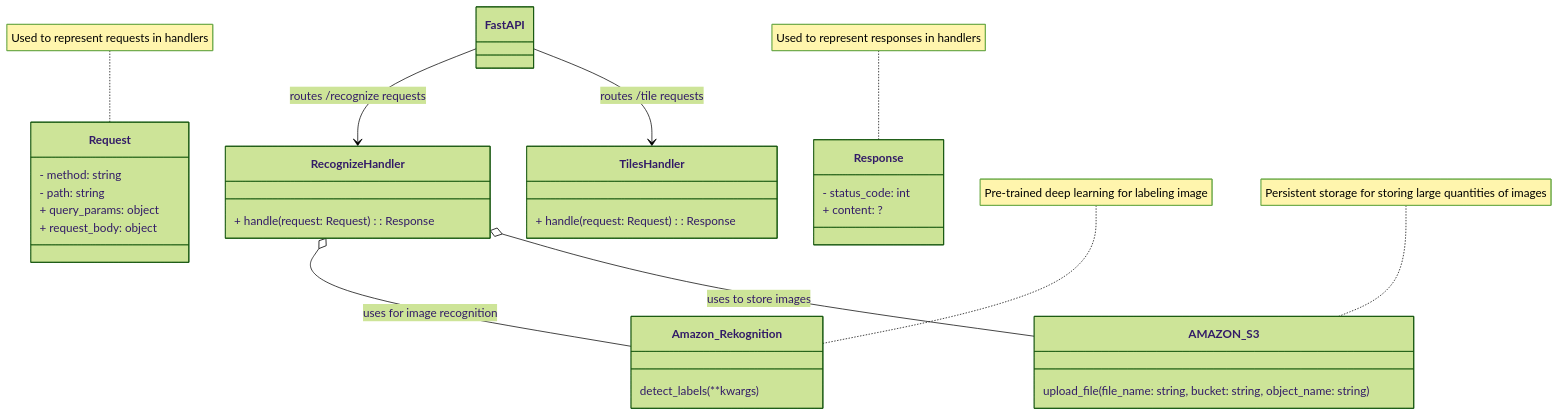
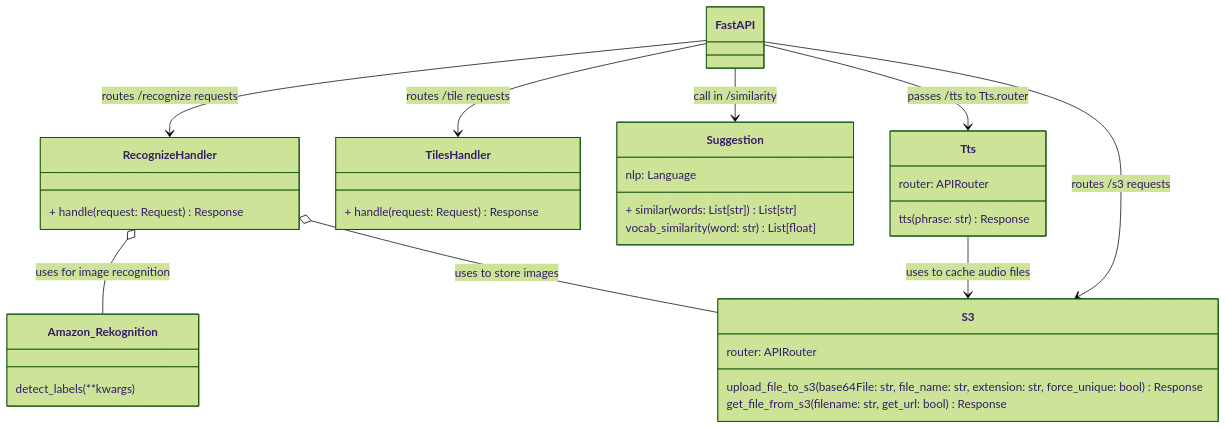
Before and after one commit to Capstone-Projects-2023-Fall/project-smartspeech: the diagram in documentation/docs/system-architecture/Backend UML.md, drawn with Mermaid (forest theme). The commit also changed other lines of this file, not shown here.

Commit message:
Update the backend architecture diagram

````diff
--- a/documentation/docs/system-architecture/Backend UML.md
+++ b/documentation/docs/system-architecture/Backend UML.md
@@ -9,47 +9,47 @@
 ```mermaid
 classDiagram
   class FastAPI {
     
   }
 
   class RecognizeHandler {
-    + handle(request: Request): Response
+    + handle(request: Request) Response
   }
 
   class TilesHandler {
-    + handle(request: Request): Response
+    + handle(request: Request) Response
   }
 
 
   class Amazon_Rekognition {
     detect_labels(**kwargs)
   }
 
-  class AMAZON_S3 {
-    upload_file(file_name: string, bucket: string, object_name: string)
+  class Suggestion {
+    nlp: Language
+    + similar(words: List[str]) List[str]
+    vocab_similarity(word: str) List[float]
   }
 
-  class Request {
-    - method: string
-    - path: string
-    + query_params: object
-    + request_body: object
+  class Tts {
+    router: APIRouter
+    tts(phrase: str) Response
   }
 
-  class Response {
-    - status_code: int
-    + content: ?
+  class S3 {
+    router: APIRouter
+    upload_file_to_s3(base64File: str, file_name: str, extension: str, force_unique: bool) Response
+    get_file_from_s3(filename: str, get_url: bool) Response
   }
 
   FastAPI --> RecognizeHandler: routes /recognize requests
   FastAPI --> TilesHandler: routes /tile requests
+  FastAPI --> Suggestion: call in /similarity
+  FastAPI --> Tts: passes /tts to Tts.router
+  FastAPI --> S3: routes /s3 requests
+
+  Tts --> S3: uses to cache audio files
 
   RecognizeHandler o-- Amazon_Rekognition: uses for image recognition 
-  RecognizeHandler o-- AMAZON_S3: uses to store images
-
-  note for Amazon_Rekognition "Pre-trained deep learning for labeling image"
-  note for AMAZON_S3 "Persistent storage for storing large quantities of images"
-
-  note for Request "Used to represent requests in handlers"
-  note for Response "Used to represent responses in handlers"
+  RecognizeHandler o-- S3: uses to store images
 ```
````
